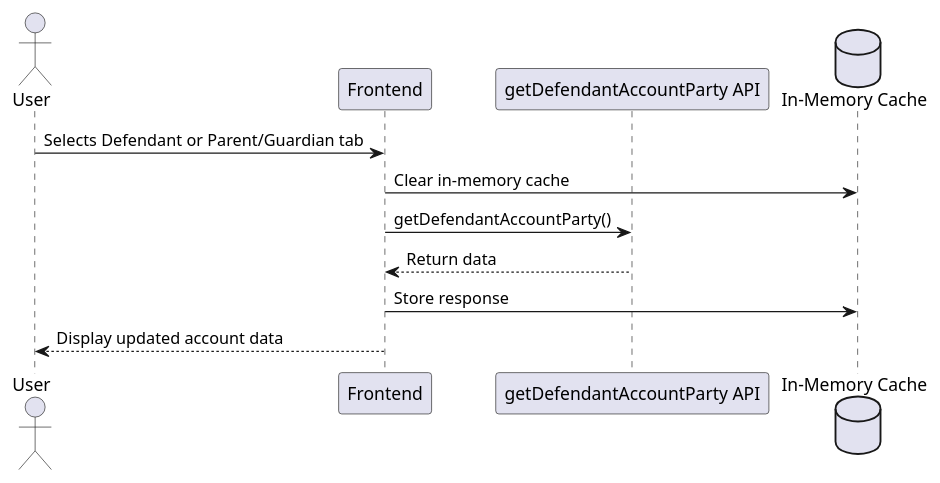
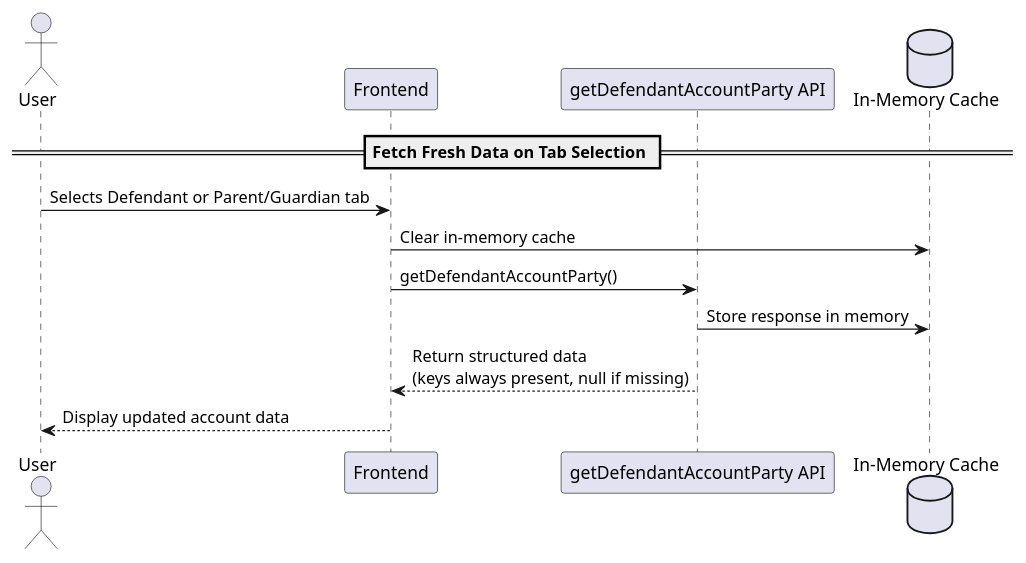
One commit to hmcts/opal-docs changed the diagram in plantUML/fae-view-amend-defendant-pg/fae-view-amend-defendant-pg-tab-ui.puml. Above: the diagram before and after it, drawn with PlantUML. The commit also changed 3 other files, not shown here.

Commit message:
Add PlantUML diagrams for payment terms and comments amendment flows

```diff
--- a/plantUML/fae-view-amend-defendant-pg/fae-view-amend-defendant-pg-tab-ui.puml
+++ b/plantUML/fae-view-amend-defendant-pg/fae-view-amend-defendant-pg-tab-ui.puml
@@ -1,13 +1,15 @@
 @startuml
 actor User
 participant "Frontend" as Frontend
 participant "getDefendantAccountParty API" as API
 database "In-Memory Cache" as Cache
 
+== Fetch Fresh Data on Tab Selection ==
+
 User -> Frontend : Selects Defendant or Parent/Guardian tab
 Frontend -> Cache : Clear in-memory cache
 Frontend -> API : getDefendantAccountParty()
-API --> Frontend : Return data
-Frontend -> Cache : Store response
+API -> Cache : Store response in memory
+API --> Frontend : Return structured data\n(keys always present, null if missing)
 Frontend --> User : Display updated account data
 @enduml
```
